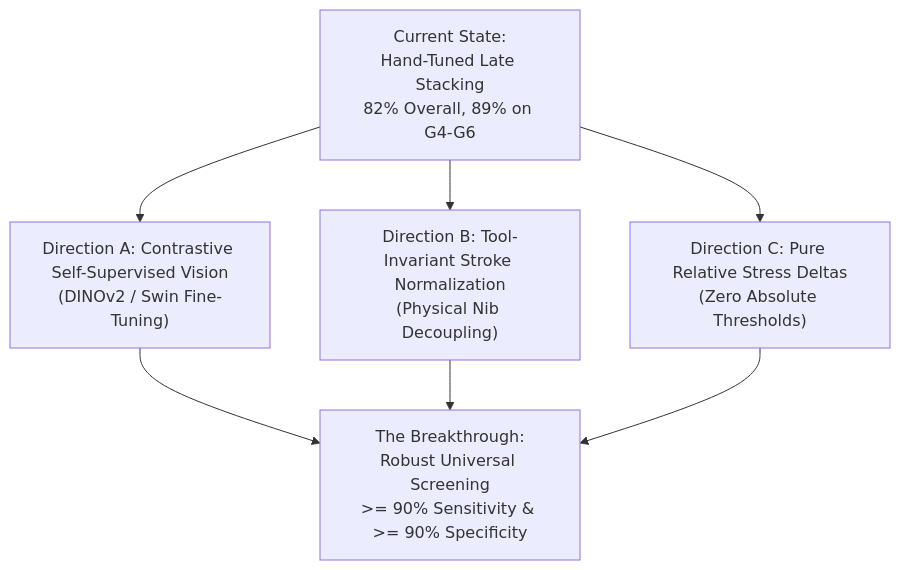
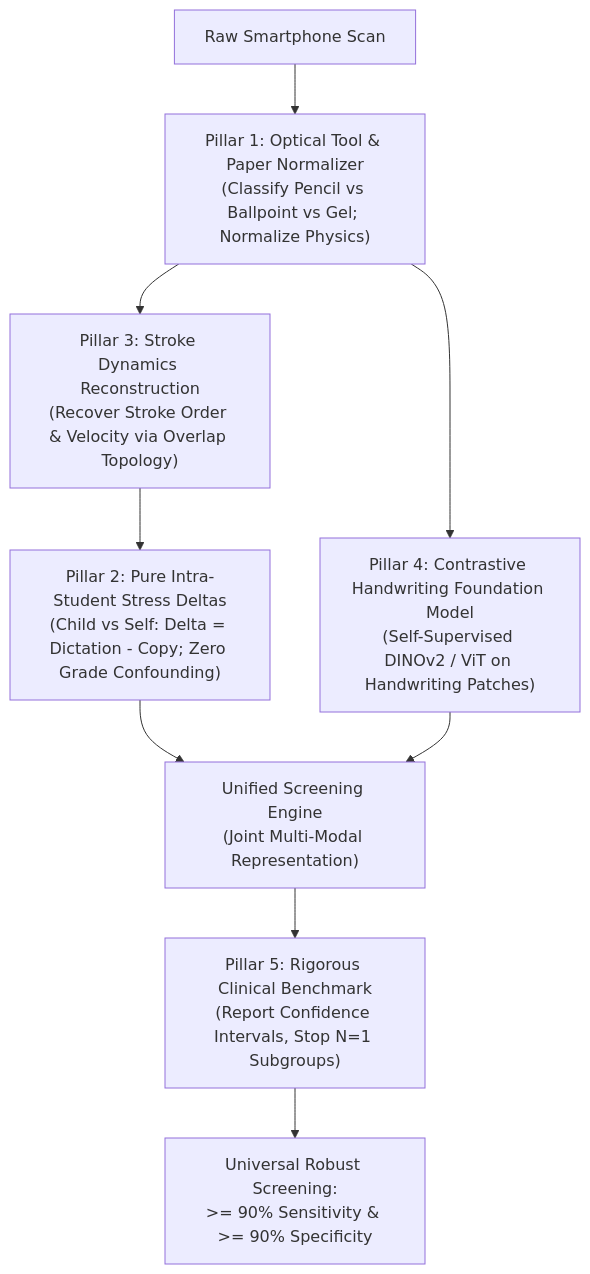
One commit to Sparrow375/Dysgraphia-Detection changed the diagram in reports/project_reality_audit_and_breakthrough_roadmap.md. Above: the diagram before and after it, drawn with Mermaid. The commit also changed other lines of this file and 2 other files, not shown here.

Commit message:
docs: author comprehensive reality audit and strategic breakthrough blueprint

````diff
--- a/reports/project_reality_audit_and_breakthrough_roadmap.md
+++ b/reports/project_reality_audit_and_breakthrough_roadmap.md
@@ -276,10 +584,17 @@
 ```mermaid
 graph TD
-    Current["Current State:<br/>Hand-Tuned Late Stacking<br/>82% Overall, 89% on G4-G6"] --> PathA["Direction A: Contrastive Self-Supervised Vision<br/>(DINOv2 / Swin Fine-Tuning)"]
-    Current --> PathB["Direction B: Tool-Invariant Stroke Normalization<br/>(Physical Nib Decoupling)"]
-    Current --> PathC["Direction C: Pure Relative Stress Deltas<br/>(Zero Absolute Thresholds)"]
-
-    PathA --> Break["The Breakthrough:<br/>Robust Universal Screening<br/>>= 90% Sensitivity & >= 90% Specificity"]
-    PathB --> Break
-    PathC --> Break
+    Raw["Raw Smartphone Scan"] --> ToolNorm["Pillar 1: Optical Tool & Paper Normalizer<br/>(Classify Pencil vs Ballpoint vs Gel; Normalize Physics)"]
+    
+    ToolNorm --> KinematicRecon["Pillar 3: Stroke Dynamics Reconstruction<br/>(Recover Stroke Order & Velocity via Overlap Topology)"]
+    
+    KinematicRecon --> SelfRef["Pillar 2: Pure Intra-Student Stress Deltas<br/>(Child vs Self: Delta = Dictation - Copy; Zero Grade Confounding)"]
+    
+    ToolNorm --> ContrastiveVis["Pillar 4: Contrastive Handwriting Foundation Model<br/>(Self-Supervised DINOv2 / ViT on Handwriting Patches)"]
+    
+    SelfRef --> UnifiedModel["Unified Screening Engine<br/>(Joint Multi-Modal Representation)"]
+    ContrastiveVis --> UnifiedModel
+    
+    UnifiedModel --> ClinicalEval["Pillar 5: Rigorous Clinical Benchmark<br/>(Report Confidence Intervals, Stop N=1 Subgroups)"]
+    
+    ClinicalEval --> Result["Universal Robust Screening:<br/>>= 90% Sensitivity & >= 90% Specificity"]
 ```
````
